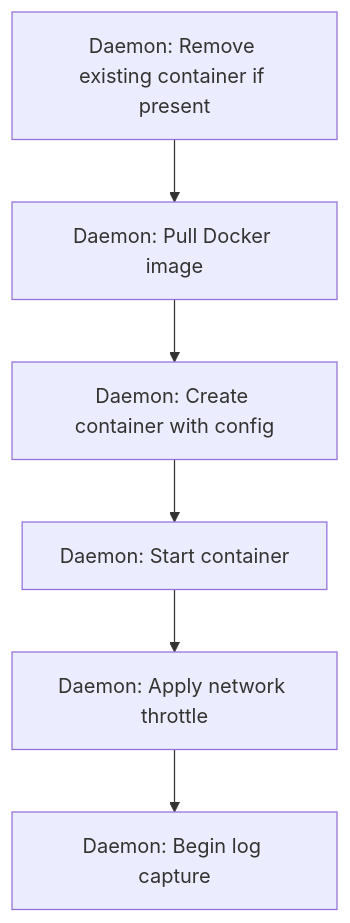
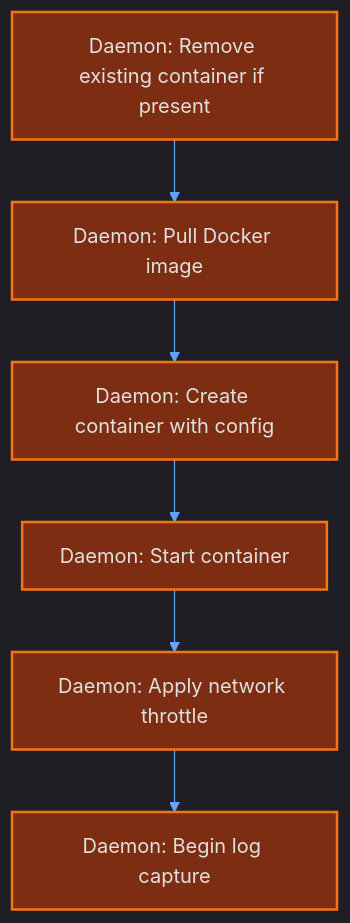
One commit to airlinklabs/airlinklabs changed the diagram in data/docs/daemon/containers.md. Above: the diagram before and after it, drawn with Mermaid. The commit also changed 10 other files, not shown here.

First line of the commit message:
feat: styled mermaid diagrams with dark theme + centering fix

````diff
--- a/data/docs/daemon/containers.md
+++ b/data/docs/daemon/containers.md
@@ -55,8 +55,16 @@
 ```mermaid
-graph TD
-    A[Daemon: Remove existing container if present] --> B[Daemon: Pull Docker image]
-    B --> C[Daemon: Create container with config]
-    C --> D[Daemon: Start container]
-    D --> E[Daemon: Apply network throttle]
-    E --> F[Daemon: Begin log capture]
+%%{init: {"theme": "dark", "themeVariables": {"primaryColor": "#1e40af", "primaryTextColor": "#e0e0e0", "primaryBorderColor": "#3b82f6", "lineColor": "#60a5fa", "secondaryColor": "#7c2d12", "tertiaryColor": "#1e3a5f", "fontFamily": "ui-monospace, SF Mono, Fira Code, monospace"}} }%%
+flowchart TD
+    A["Daemon: Remove existing container if present"] --> B["Daemon: Pull Docker image"]
+    B --> C["Daemon: Create container with config"]
+    C --> D["Daemon: Start container"]
+    D --> E["Daemon: Apply network throttle"]
+    E --> F["Daemon: Begin log capture"]
+
+    style A fill:#7c2d12,stroke:#f97316,color:#e0e0e0,stroke-width:2px
+    style B fill:#7c2d12,stroke:#f97316,color:#e0e0e0,stroke-width:2px
+    style C fill:#7c2d12,stroke:#f97316,color:#e0e0e0,stroke-width:2px
+    style D fill:#7c2d12,stroke:#f97316,color:#e0e0e0,stroke-width:2px
+    style E fill:#7c2d12,stroke:#f97316,color:#e0e0e0,stroke-width:2px
+    style F fill:#7c2d12,stroke:#f97316,color:#e0e0e0,stroke-width:2px
 ```
````
